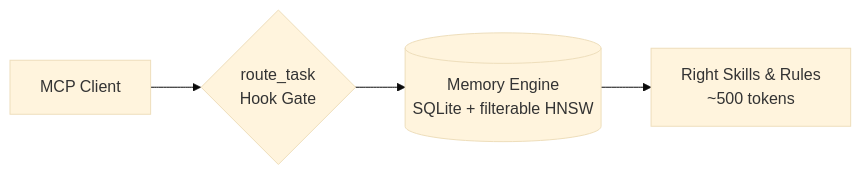
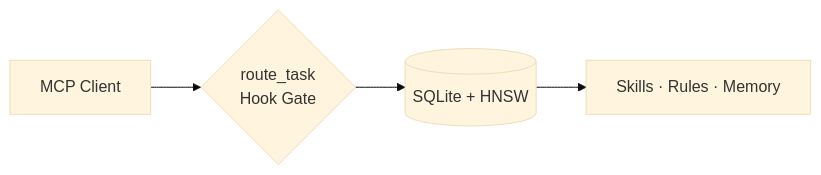
Before and after one commit to autonomic-ai-dev/agent-brain: the diagram in README.md, drawn with Mermaid (base theme). The commit also changed other lines of this file and 29 other files, not shown here.

````diff
--- a/README.md
+++ b/README.md
@@ -17,6 +7,6 @@
 ```mermaid
 flowchart LR
     MCP[MCP Client] --> Gate{route_task<br>Hook Gate}
-    Gate --> Engine[(Memory Engine<br>SQLite + filterable HNSW)]
-    Engine --> Context[Right Skills & Rules<br>~500 tokens]
+    Gate --> Engine[(SQLite + HNSW)]
+    Engine --> Context[Skills · Rules · Memory]
 ```
````
